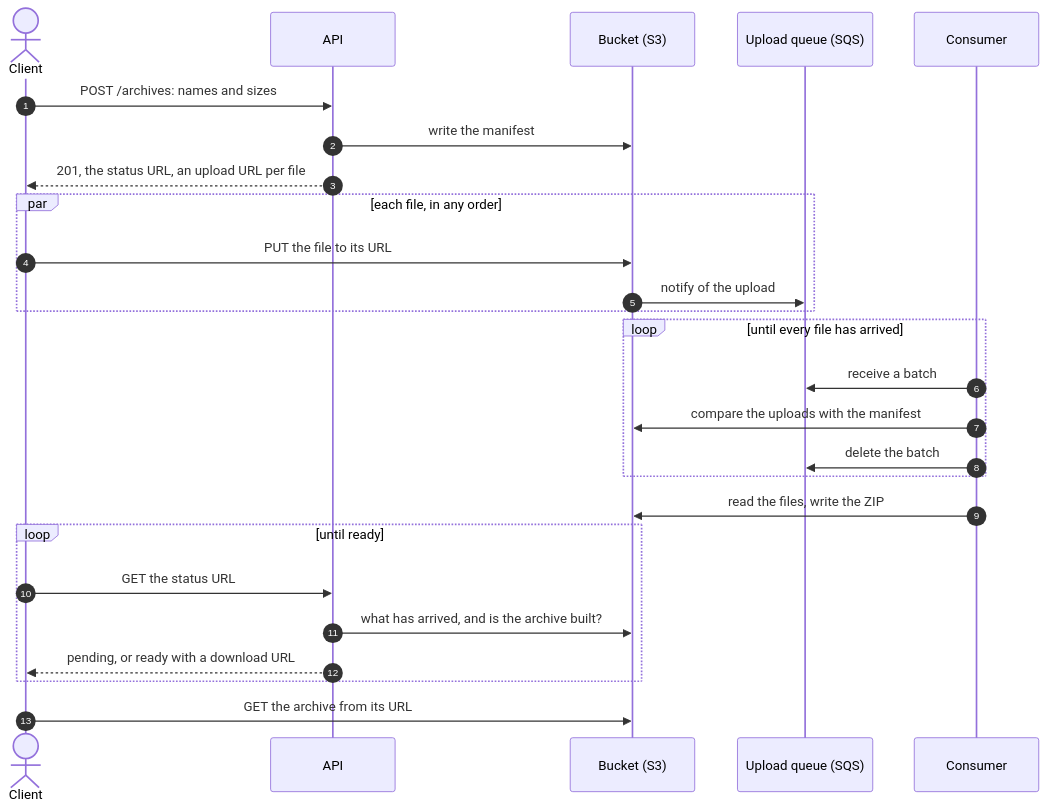
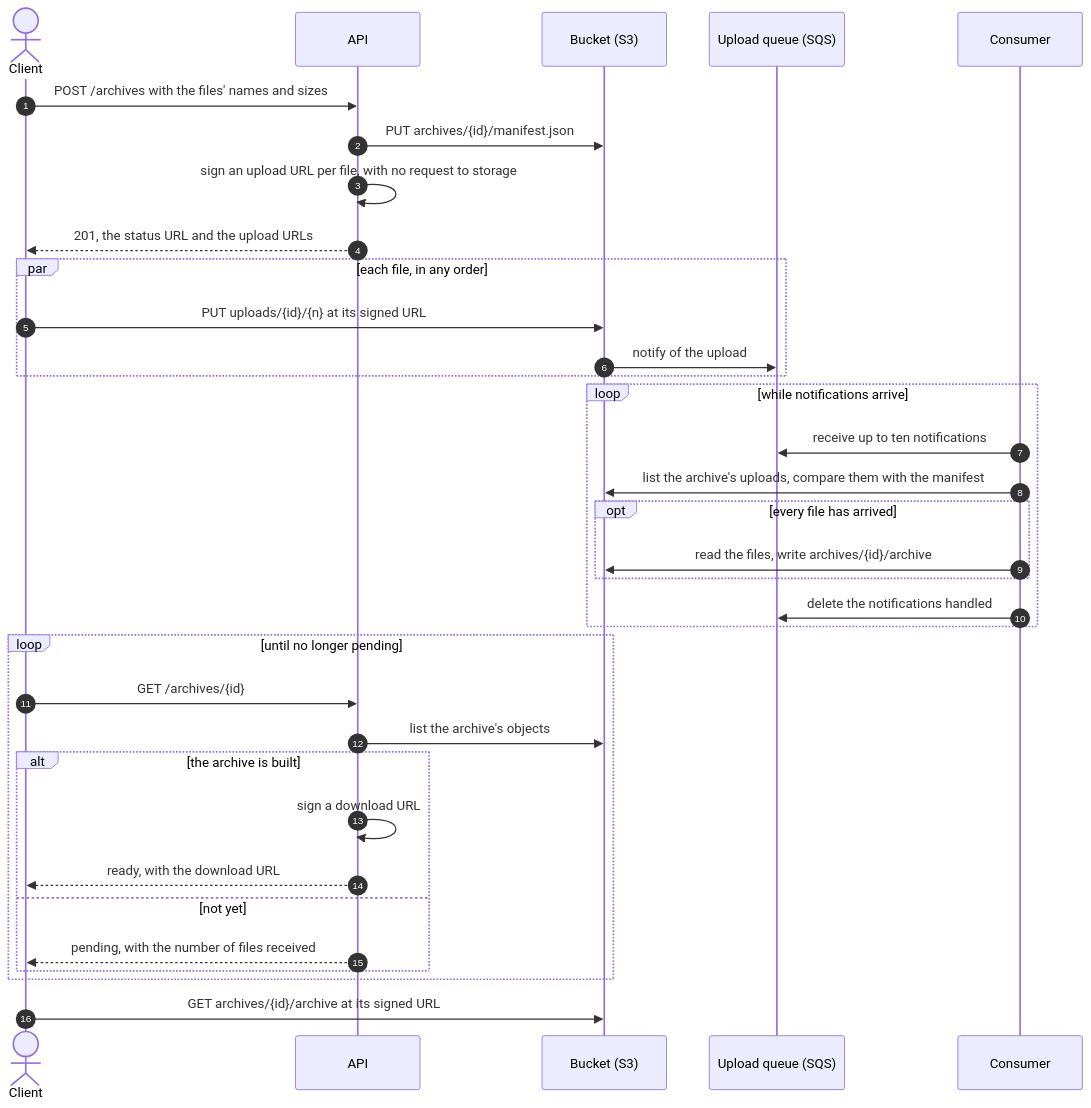
One commit to berislavlopac/satara changed the fifth of 5 diagrams in docs/architecture.md. Above: the diagram before and after it, drawn with Mermaid. The commit also changed other lines of this file, not shown here.

Commit message:
show signing, notifications and paths in the sequence diagrams
A presigned URL is signed inside the API with no request to storage,
which the deferred flow's diagram now shows, for the uploads and for
the download. The consumer receives up to ten notifications and deletes
those it handled, building the archive only once every file has arrived,
and each request names its path.

````diff
--- a/docs/architecture.md
+++ b/docs/architecture.md
@@ -162,28 +162,36 @@
 ```mermaid
 sequenceDiagram
     autonumber
     actor Client
     participant API
     participant Bucket as Bucket (S3)
     participant Queue as Upload queue (SQS)
     participant Consumer
-    Client->>API: POST /archives: names and sizes
-    API->>Bucket: write the manifest
-    API-->>Client: 201, the status URL, an upload URL per file
+    Client->>API: POST /archives with the files' names and sizes
+    API->>Bucket: PUT archives/{id}/manifest.json
+    API->>API: sign an upload URL per file, with no request to storage
+    API-->>Client: 201, the status URL and the upload URLs
     par each file, in any order
-        Client->>Bucket: PUT the file to its URL
+        Client->>Bucket: PUT uploads/{id}/{n} at its signed URL
         Bucket->>Queue: notify of the upload
     end
-    loop until every file has arrived
-        Consumer->>Queue: receive a batch
-        Consumer->>Bucket: compare the uploads with the manifest
-        Consumer->>Queue: delete the batch
+    loop while notifications arrive
+        Consumer->>Queue: receive up to ten notifications
+        Consumer->>Bucket: list the archive's uploads, compare them with the manifest
+        opt every file has arrived
+            Consumer->>Bucket: read the files, write archives/{id}/archive
+        end
+        Consumer->>Queue: delete the notifications handled
     end
-    Consumer->>Bucket: read the files, write the ZIP
-    loop until ready
-        Client->>API: GET the status URL
-        API->>Bucket: what has arrived, and is the archive built?
-        API-->>Client: pending, or ready with a download URL
+    loop until no longer pending
+        Client->>API: GET /archives/{id}
+        API->>Bucket: list the archive's objects
+        alt the archive is built
+            API->>API: sign a download URL
+            API-->>Client: ready, with the download URL
+        else not yet
+            API-->>Client: pending, with the number of files received
+        end
     end
-    Client->>Bucket: GET the archive from its URL
+    Client->>Bucket: GET archives/{id}/archive at its signed URL
 ```
````
